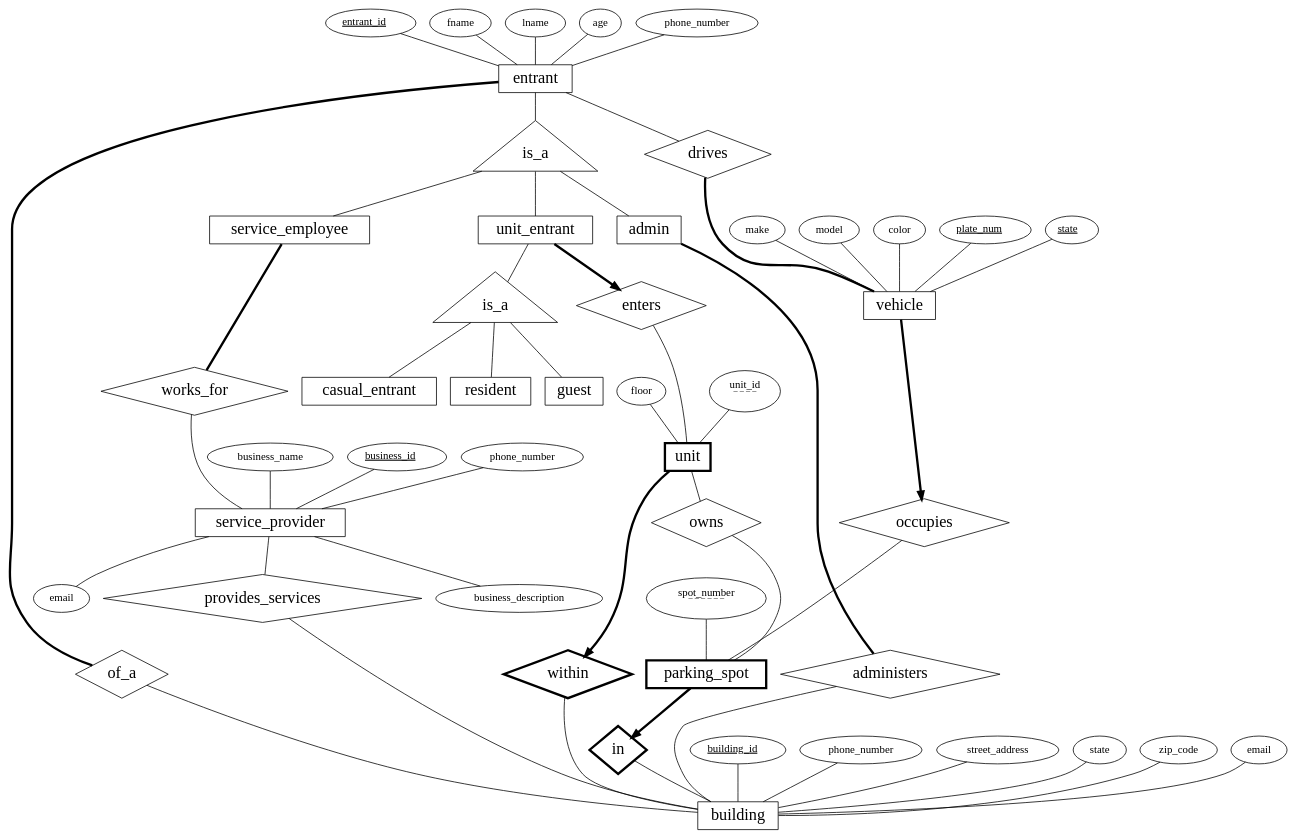
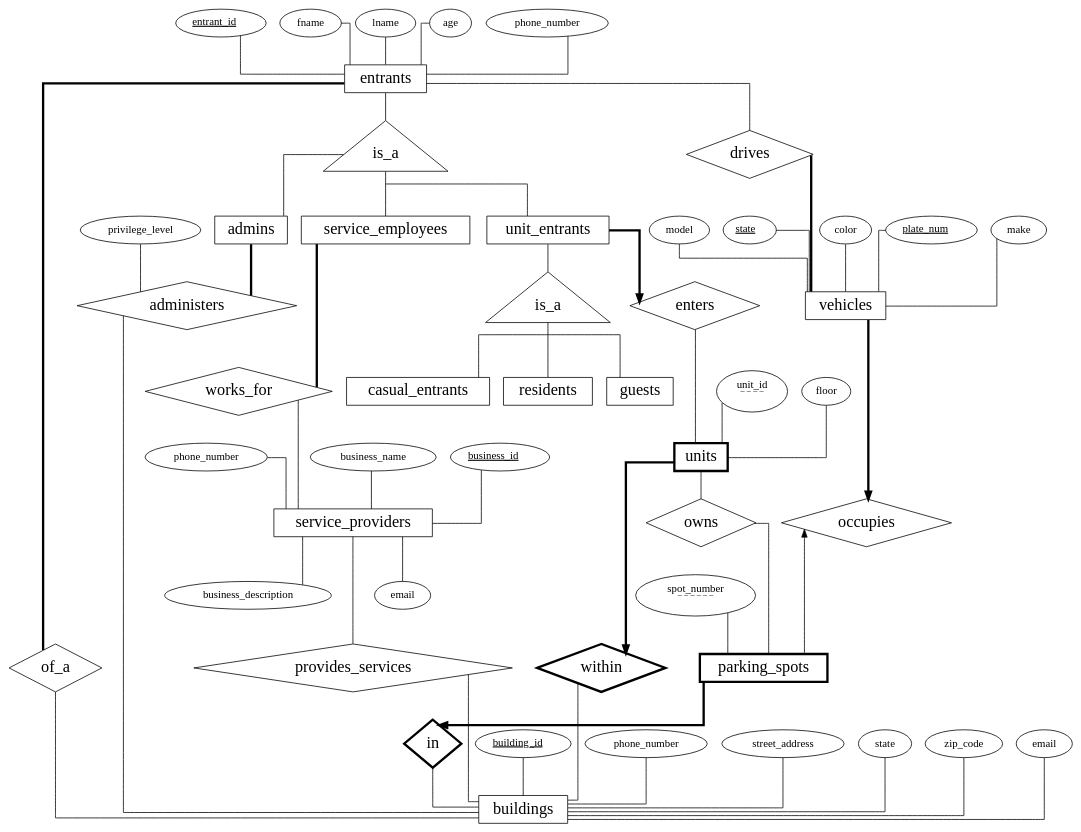
One commit to mgouzenko/-bms changed the diagram in er_diagram/er.dot. Above: the diagram before and after it, drawn with Graphviz. The commit also changed 2 other files, not shown here.

Commit message:
fixed up dot diagram

```diff
--- a/er_diagram/er.dot
+++ b/er_diagram/er.dot
@@ -1,112 +1,117 @@
 digraph ERDiagram{
+	splines=ortho
 	{
 		node[fontsize=21]
 		{
 			node[shape=diamond]
 			owns
 			works_for
 			drives
 			occupies
 			of_a
 			enters
 			{
 				node[penwidth=3]
 				within
 				in
 			}
 			administers
 			provides_services
 		}
 
 		{
 			node[shape=rectangle]
 			{
 				node[penwidth=3]
-				unit
-				parking_spot
+				units
+				parking_spots
 			}
-			unit_entrant
-			building
-			admin
-			entrant
-			vehicle
-			service_provider
-			service_employee
-			guest
-			casual_entrant
-			resident
+			unit_entrants
+			buildings
+			admins
+			entrants
+			vehicles
+			service_providers
+			service_employees
+			guests
+			casual_entrants
+			residents
 		}
 
 		{
 			node[shape=triangle]
 			{node[label=is_a] is_a1}
 			{node[label=is_a] is_a2}
 		}
 	}
 
 
 	{
 		edge[arrowtail=none, arrowhead=none]
-		{node[label=<<u>entrant_id</u>>]entrant_id}->entrant
-		fname->entrant
-		lname->entrant
-		age->entrant
-		{node[label=<<u>state</u>>]state}->vehicle
-		make->vehicle
-		model->vehicle
-		color->vehicle
-		{node[label=<<u>plate_num</u>>]plate_num}->vehicle
-		{node[label="spot_number\n‾ ‾ ‾ ‾ ‾ ‾"] spot_number}->parking_spot
-		{node[label="unit_id\n‾ ‾ ‾ ‾"]unit_id}->unit
-		floor->unit
-		{node[label=<<u>building_id</u>>]building_id}->building
-		{node[label=phone_number] phone_number}->building
-		street_address->building
-		{node[label=state]state2}->building
-		zip_code->building
-		{node[label=email] email2}->building
-		business_name->service_provider
-		service_provider->business_description
-		{node[label=<<u>business_id</u>>]business_id}->service_provider
-		{node[label=phone_number] phone_number2}->service_provider
-		service_provider->email
+		{node[label=<<u>entrant_id</u>>]entrant_id}->entrants
+		fname->entrants
+		lname->entrants
+		age->entrants
+		{node[label=<<u>state</u>>]state}->vehicles
+		make->vehicles
+		model->vehicles
+		color->vehicles
+		{node[label=<<u>plate_num</u>>]plate_num}->vehicles
+		{node[label="spot_number\n‾ ‾ ‾ ‾ ‾ ‾"] spot_number}->parking_spots
+		{node[label="unit_id\n‾ ‾ ‾ ‾"]unit_id}->units
+		floor->units
+		{node[label=<<u>building_id</u>>]building_id}->buildings
+		{node[label=phone_number] phone_number}->buildings
+		street_address->buildings
+		{node[label=state]state2}->buildings
+		zip_code->buildings
+		{node[label=email] email2}->buildings
+		business_name->service_providers
+		service_providers->business_description
+		{node[label=<<u>business_id</u>>]business_id}->service_providers
+		{node[label=phone_number] phone_number2}->service_providers
+		service_providers->email
 
-		{node[label=phone_number] phone_number3}->entrant
-		entrant->drives
-		entrant->is_a1->{rank=same; admin, unit_entrant, service_employee}
-		unit_entrant->is_a2->{rank=same; guest, casual_entrant, resident}
-		enters->unit
-		unit->owns->parking_spot
-		within->building
-		administers->building
-		service_provider->provides_services->building
-		works_for->service_provider
-		of_a->building
-		in->building
-		occupies->parking_spot
+		{node[label=phone_number] phone_number3}->entrants
+		entrants->drives
+		entrants->is_a1->{rank=same; admins, unit_entrants, service_employees}
+		unit_entrants->is_a2->{rank=same; guests, casual_entrants, residents}
+		enters->units
+		units->owns->parking_spots
+		within->buildings
+		administers->buildings
+		privilege_level->administers
+		service_providers->provides_services->buildings
+		works_for->service_providers
+		of_a->buildings
+		in->buildings
 	}
 
 	{
+		edge[arrowhead=none, arrowtail=normal, dir=back]
+		occupies->parking_spots
+	}
+	{
 		edge[penwidth=3]
-		parking_spot->in
-		unit->within
-		unit_entrant->enters
-		vehicle->occupies
+		parking_spots->in
+		units->within
+		unit_entrants->enters
+		vehicles->occupies
 		{
 			edge[arrowhead=none]
-			entrant->of_a
-			admin->administers
-			service_employee->works_for
-			drives->vehicle
+			entrants->of_a
+			admins->administers
+			service_employees->works_for
+			drives->vehicles
 		}
 	}
 
 	{
 		edge[style=invis]
 		drives->state
 		works_for->business_id
-		guest->business_id
+		guests->business_id
 		enters->floor
 		owns->spot_number
 	}
 }
```
